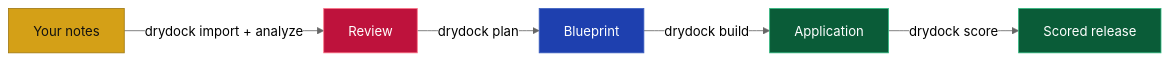
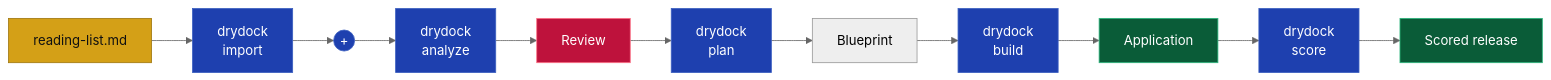
One commit to webcloudstudio/Drydock changed the second of 2 diagrams in docs/QUICK_START.md. Above: the diagram before and after it, drawn with Mermaid (neutral theme). The commit also changed other lines of this file and 1 other file, not shown here.

````diff
--- a/docs/QUICK_START.md
+++ b/docs/QUICK_START.md
@@ -174,16 +183,19 @@
 ```mermaid
 flowchart LR
-    N["Your notes"] -->|drydock import + analyze| R["Review"]
-    R -->|drydock plan| B["Blueprint"]
-    B -->|drydock build| C["Application"]
-    C -->|drydock score| V["Scored release"]
+    N["reading-list.md"] --> IMP["drydock<br/>import"]
+    IMP --> PLUS(("+")) --> ANA["drydock<br/>analyze"]
+    ANA --> R["Review"] --> PLAN["drydock<br/>plan"]
+    PLAN --> B["Blueprint"] --> BUILD["drydock<br/>build"]
+    BUILD --> C["Application"] --> SCORE["drydock<br/>score"]
+    SCORE --> V["Scored release"]
 
     classDef input fill:#d4a017,stroke:#a07810,color:#111
     classDef review fill:#be123c,stroke:#fb7185,color:#fff
     classDef governed fill:#1e40af,stroke:#3b5fc0,color:#fff
     classDef output fill:#0a5c38,stroke:#2cb67d,color:#fff
     class N input
+    class IMP,ANA,PLAN,BUILD,SCORE governed
     class R review
-    class B governed
+    class PLUS governed
     class C,V output
 ```
````
